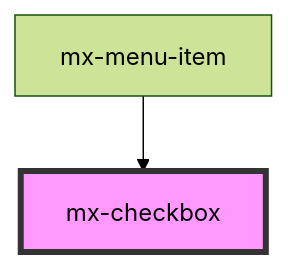
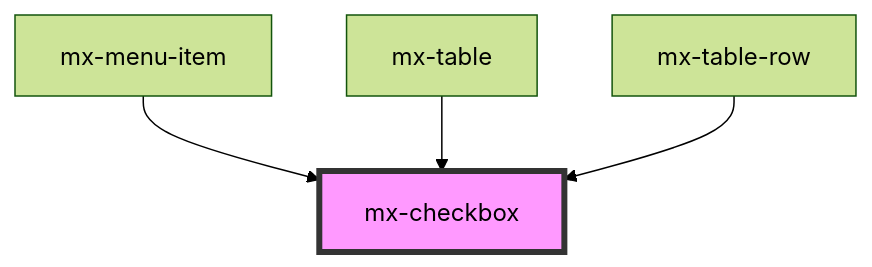
The diagram in src/components/mx-checkbox/readme.md (kevinleedrum/mds), drawn with Mermaid (forest theme) before and after one commit. The commit also changed other lines of this file and 448 other files, not shown here.

````diff
--- a/src/components/mx-checkbox/readme.md
+++ b/src/components/mx-checkbox/readme.md
@@ -30,5 +32,7 @@
 ```mermaid
 graph TD;
   mx-menu-item --> mx-checkbox
+  mx-table --> mx-checkbox
+  mx-table-row --> mx-checkbox
   style mx-checkbox fill:#f9f,stroke:#333,stroke-width:4px
 ```
````
